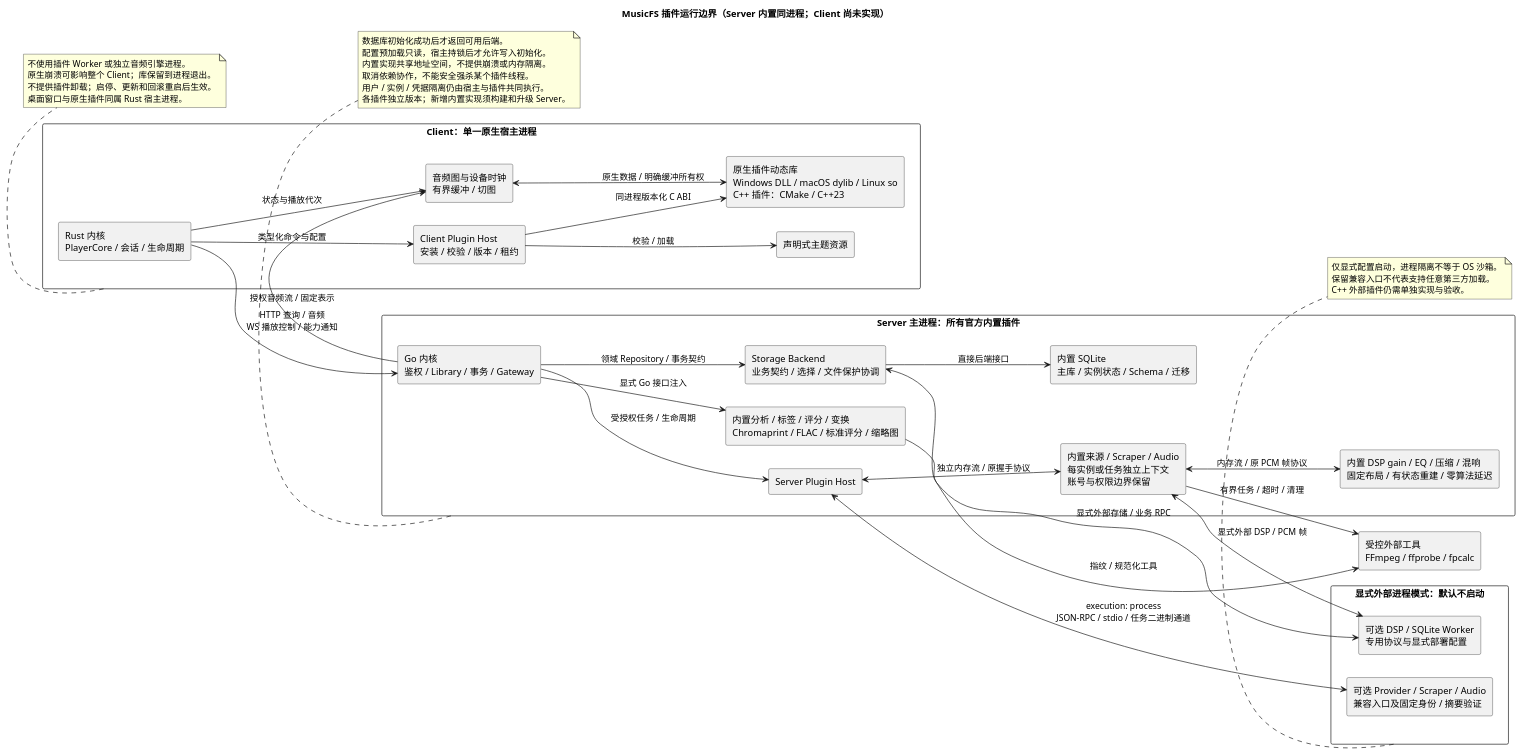
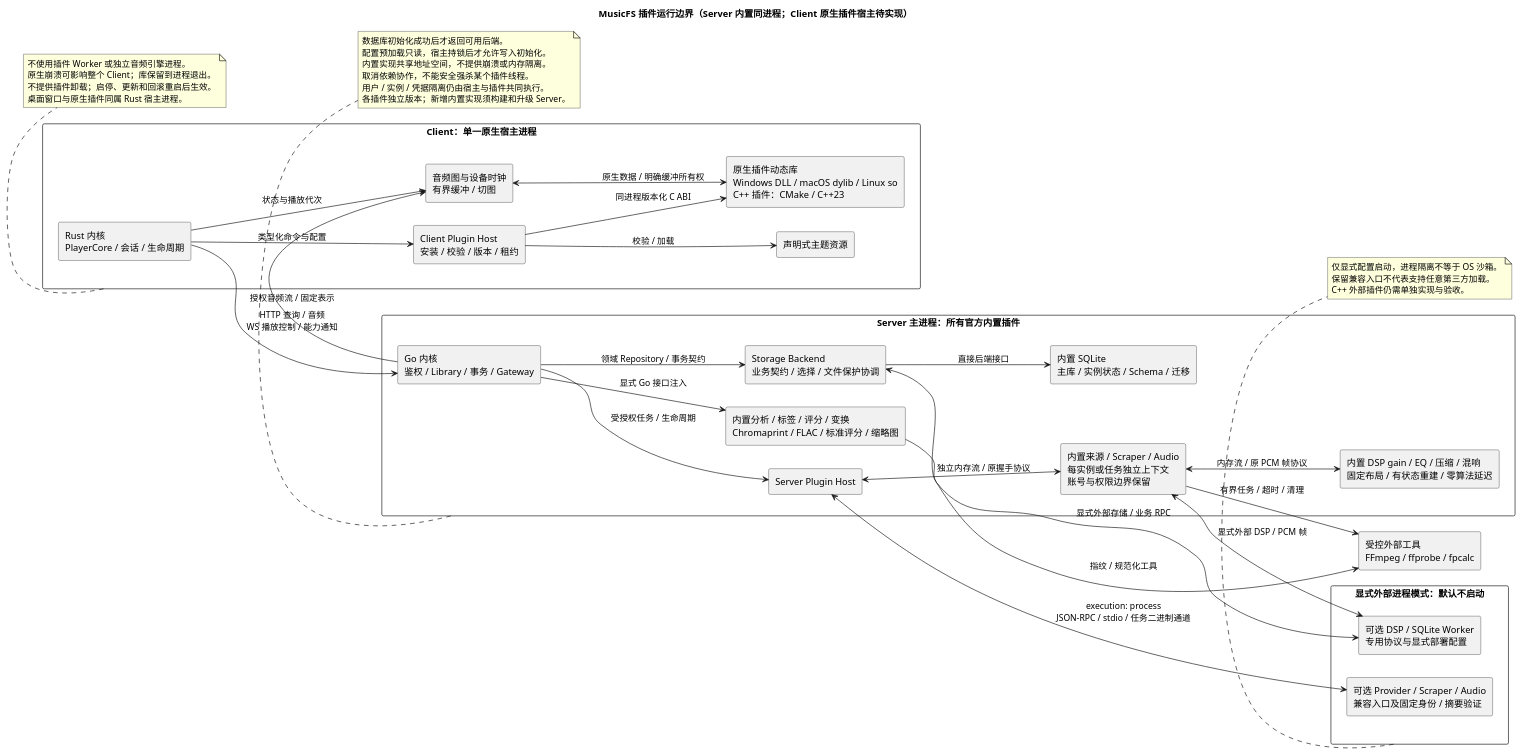
The diagram in docs/diagrams/plugin-boundaries.puml (fnMrRice/MusicFS), drawn with PlantUML before and after one commit. The commit also changed 6 other files, not shown here.

```diff
--- a/docs/diagrams/plugin-boundaries.puml
+++ b/docs/diagrams/plugin-boundaries.puml
@@ -1,71 +1,71 @@
 @startuml
-title MusicFS 插件运行边界（Server 内置同进程；Client 尚未实现）
+title MusicFS 插件运行边界（Server 内置同进程；Client 原生插件宿主待实现）
 left to right direction
 skinparam componentStyle rectangle
 
 rectangle "Client：单一原生宿主进程" as Client {
   component "Rust 内核\nPlayerCore / 会话 / 生命周期" as Core
   component "Client Plugin Host\n安装 / 校验 / 版本 / 租约" as CHost
   component "原生插件动态库\nWindows DLL / macOS dylib / Linux so\nC++ 插件：CMake / C++23" as Dll
   component "音频图与设备时钟\n有界缓冲 / 切图" as Audio
   component "声明式主题资源" as Theme
   Core --> CHost : 类型化命令与配置
   CHost --> Dll : 同进程版本化 C ABI
   Audio <--> Dll : 原生数据 / 明确缓冲所有权
   Core --> Audio : 状态与播放代次
   CHost --> Theme : 校验 / 加载
 }
 
 rectangle "Server 主进程：所有官方内置插件" as Server {
   component "Go 内核\n鉴权 / Library / 事务 / Gateway" as SCore
   component "Server Plugin Host" as SHost
   component "Storage Backend\n业务契约 / 选择 / 文件保护协调" as Storage
   component "内置来源 / Scraper / Audio\n每实例或任务独立上下文\n账号与权限边界保留" as Builtin
   component "内置 DSP gain / EQ / 压缩 / 混响\n固定布局 / 有状态重建 / 零算法延迟" as DSP
   component "内置 SQLite\n主库 / 实例状态 / Schema / 迁移" as DB
   component "内置分析 / 标签 / 评分 / 变换\nChromaprint / FLAC / 标准评分 / 缩略图" as Algorithms
   SCore --> SHost : 受授权任务 / 生命周期
   SCore --> Storage : 领域 Repository / 事务契约
   SHost <--> Builtin : 独立内存流 / 原握手协议
   Builtin <--> DSP : 内存流 / 原 PCM 帧协议
   Storage --> DB : 直接后端接口
   SCore --> Algorithms : 显式 Go 接口注入
 }
 
 rectangle "显式外部进程模式：默认不启动" as Workers {
   component "可选 Provider / Scraper / Audio\n兼容入口及固定身份 / 摘要验证" as Worker
   component "可选 DSP / SQLite Worker\n专用协议与显式部署配置" as ExternalInfrastructure
 }
 
 component "受控外部工具\nFFmpeg / ffprobe / fpcalc" as Tools
 
 Core --> SCore : HTTP 查询 / 音频\nWS 播放控制 / 能力通知
 SCore --> Audio : 授权音频流 / 固定表示
 SHost <--> Worker : execution: process\nJSON-RPC / stdio / 任务二进制通道
 Storage <--> ExternalInfrastructure : 显式外部存储 / 业务 RPC
 Builtin <--> ExternalInfrastructure : 显式外部 DSP / PCM 帧
 Builtin --> Tools : 有界任务 / 超时 / 清理
 Algorithms --> Tools : 指纹 / 规范化工具
 
 note bottom of Client
   不使用插件 Worker 或独立音频引擎进程。
   原生崩溃可影响整个 Client；库保留到进程退出。
   不提供插件卸载；启停、更新和回滚重启后生效。
   桌面窗口与原生插件同属 Rust 宿主进程。
 end note
 
 note bottom of Server
   数据库初始化成功后才返回可用后端。
   配置预加载只读，宿主持锁后才允许写入初始化。
   内置实现共享地址空间，不提供崩溃或内存隔离。
   取消依赖协作，不能安全强杀某个插件线程。
   用户 / 实例 / 凭据隔离仍由宿主与插件共同执行。
   各插件独立版本；新增内置实现须构建和升级 Server。
 end note
 
 note bottom of Workers
   仅显式配置启动，进程隔离不等于 OS 沙箱。
   保留兼容入口不代表支持任意第三方加载。
   C++ 外部插件仍需单独实现与验收。
 end note
 @enduml
```
